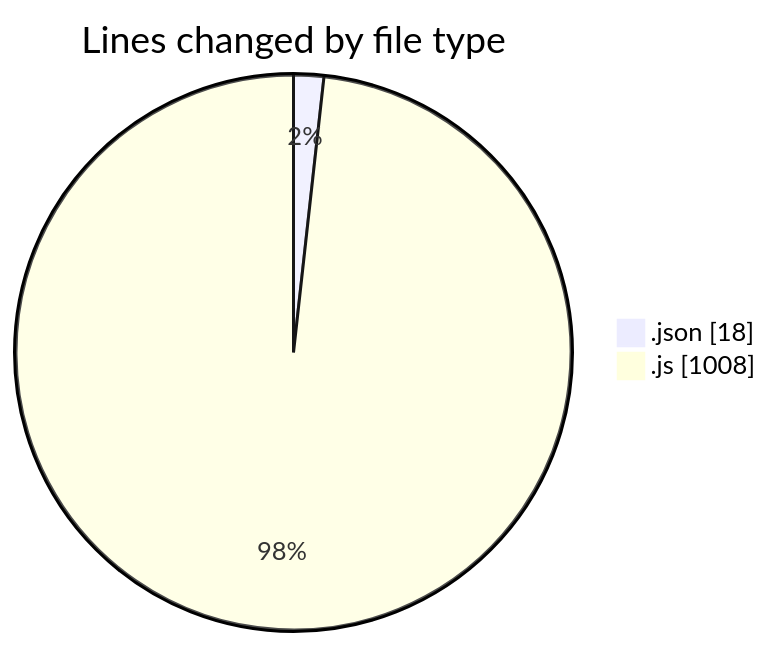
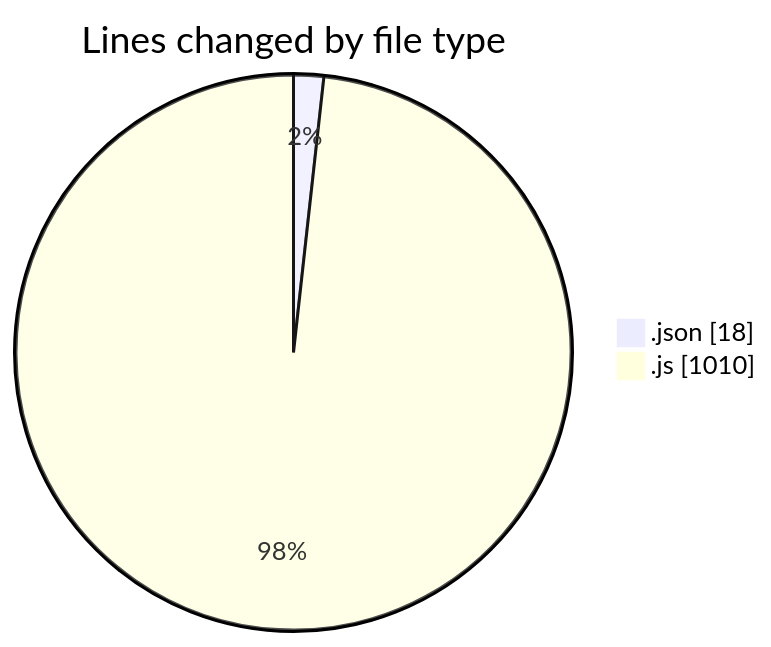
The first of 2 diagrams in 2025-04-01/jsvms/README.md (BS-eng2023/code-tracking), drawn with Mermaid before and after one commit. The commit also changed other lines of this file and 1 other file, not shown here.

````diff
--- a/2025-04-01/jsvms/README.md
+++ b/2025-04-01/jsvms/README.md
@@ -35,6 +35,6 @@
 ```mermaid
 pie showData
 title Lines changed by file type
 ".json" : 18
-".js" : 1008
+".js" : 1010
 ```
````
